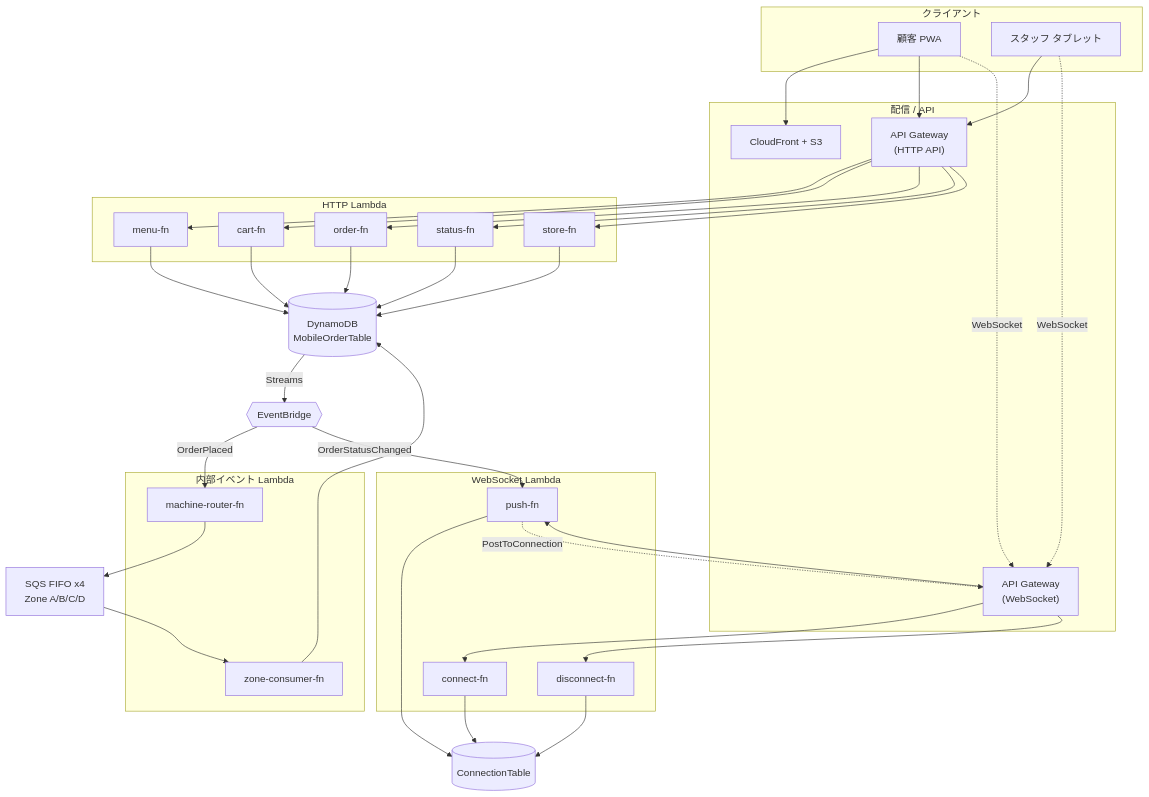
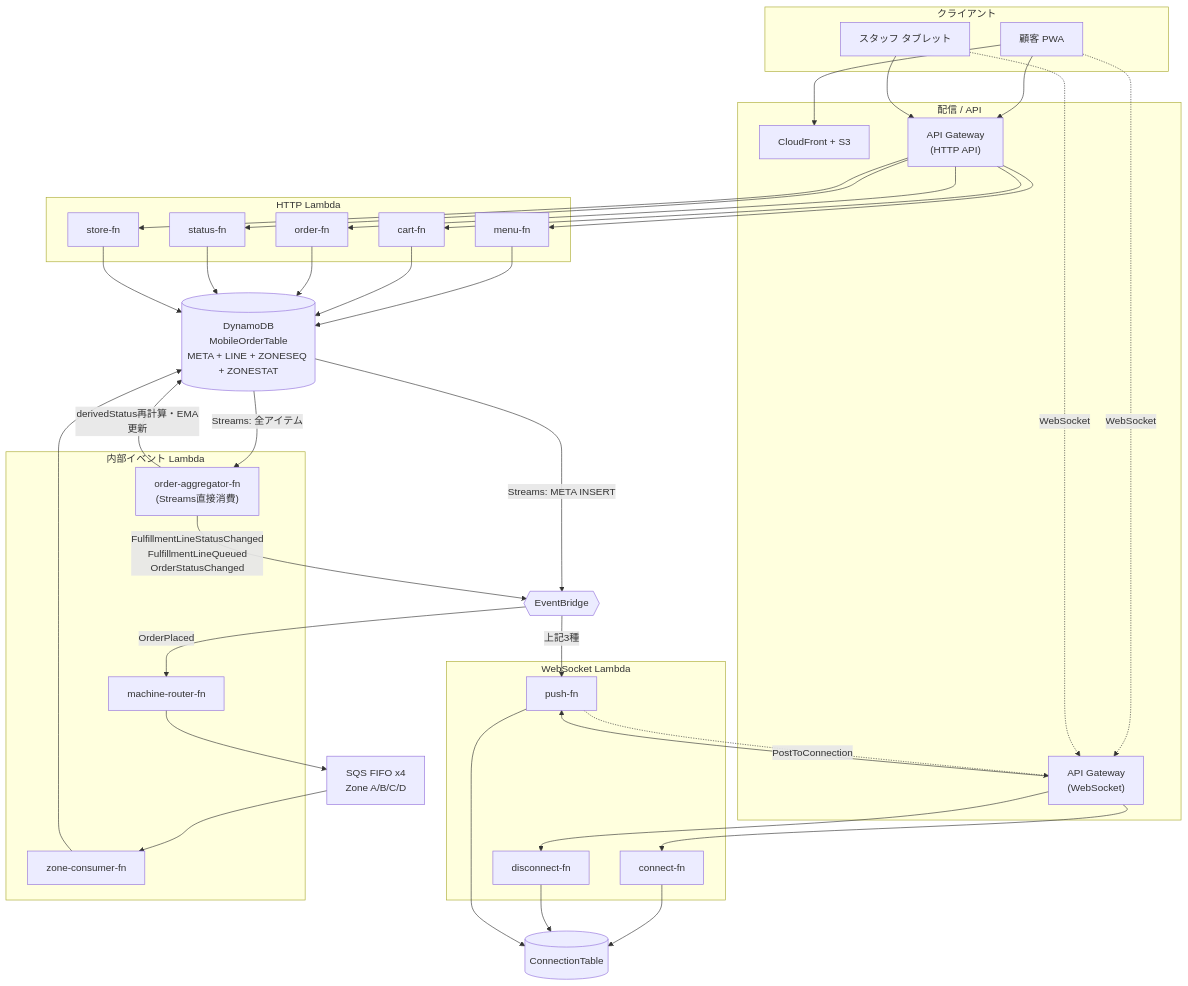
Before and after one commit to Masaharu1223/AWS_OrderSystem: the first of 2 diagrams in docs/architecture.md, drawn with Mermaid. The commit also changed other lines of this file and 1 other file, not shown here.

First line of the commit message:
docs(architecture): 複数ゾーン注文を明細単位モデルへ全面改訂

````diff
--- a/docs/architecture.md
+++ b/docs/architecture.md
@@ -14,57 +25,61 @@
 ```mermaid
 flowchart TB
     subgraph client["クライアント"]
         C["顧客 PWA"]
         S["スタッフ タブレット"]
     end
 
     subgraph edge["配信 / API"]
         CF["CloudFront + S3"]
         HTTP["API Gateway<br/>(HTTP API)"]
         WS["API Gateway<br/>(WebSocket)"]
     end
 
     subgraph httpfn["HTTP Lambda"]
         MENU["menu-fn"]
         CART["cart-fn"]
         ORDER["order-fn"]
         STATUS["status-fn"]
         STORE["store-fn"]
     end
 
     subgraph wsfn["WebSocket Lambda"]
         CONN["connect-fn"]
         DISC["disconnect-fn"]
         PUSH["push-fn"]
     end
 
     subgraph internal["内部イベント Lambda"]
+        AGG["order-aggregator-fn<br/>(Streams直接消費)"]
         ROUTER["machine-router-fn"]
         CONSUMER["zone-consumer-fn"]
     end
 
-    DDB[("DynamoDB<br/>MobileOrderTable")]
+    DDB[("DynamoDB<br/>MobileOrderTable<br/>META + LINE + ZONESEQ + ZONESTAT")]
     CONNDB[("ConnectionTable")]
     EB{{"EventBridge"}}
     Q["SQS FIFO x4<br/>Zone A/B/C/D"]
 
     C --> CF
     C --> HTTP
     C -.->|WebSocket| WS
     S --> HTTP
     S -.->|WebSocket| WS
 
     HTTP --> MENU & CART & ORDER & STATUS & STORE
     MENU & CART & ORDER & STATUS & STORE --> DDB
     WS --> CONN & DISC & PUSH
     CONN & DISC --> CONNDB
 
-    DDB -->|Streams| EB
+    DDB -->|Streams: META INSERT| EB
+    DDB -->|Streams: 全アイテム| AGG
     EB -->|OrderPlaced| ROUTER
-    EB -->|OrderStatusChanged| PUSH
     ROUTER --> Q
     Q --> CONSUMER
     CONSUMER --> DDB
+    AGG -->|derivedStatus再計算・EMA更新| DDB
+    AGG -->|FulfillmentLineStatusChanged<br/>FulfillmentLineQueued<br/>OrderStatusChanged| EB
+    EB -->|上記3種| PUSH
     PUSH --> CONNDB
     PUSH -.->|PostToConnection| WS
 ```
````
